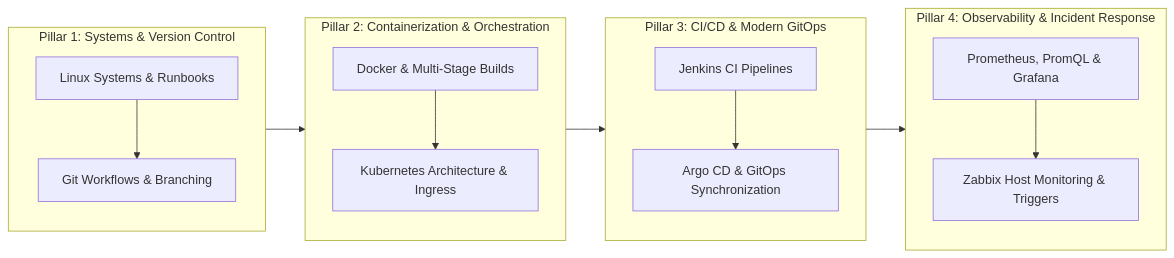
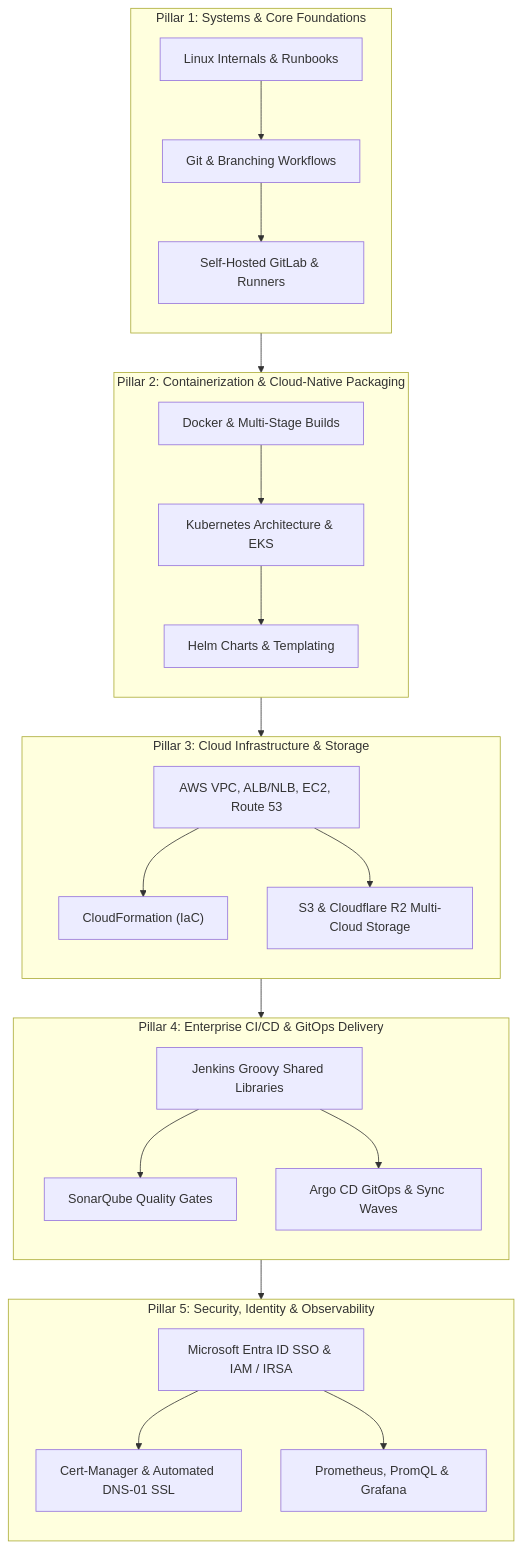
One commit to barathg25/devops_interview_preparation changed the diagram in README.md. Above: the diagram before and after it, drawn with Mermaid. The commit also changed other lines of this file and 8 other files, not shown here.

Commit message:
feat: align interview handbook with resume specializations (AWS, Helm, Cert-Manager, SSO, GitLab, Jenkins Shared Libs)

````diff
--- a/README.md
+++ b/README.md
@@ -58,24 +72,34 @@
 ```mermaid
-flowchart LR
-    subgraph Pillar1["Pillar 1: Systems & Version Control"]
+flowchart TD
+    subgraph Pillar1["Pillar 1: Systems & Core Foundations"]
         direction TB
-        L["Linux Systems & Runbooks"] --> G["Git Workflows & Branching"]
+        L["Linux Internals & Runbooks"] --> G["Git & Branching Workflows"]
+        G --> GL["Self-Hosted GitLab & Runners"]
     end
 
-    subgraph Pillar2["Pillar 2: Containerization & Orchestration"]
+    subgraph Pillar2["Pillar 2: Containerization & Cloud-Native Packaging"]
         direction TB
-        D["Docker & Multi-Stage Builds"] --> K["Kubernetes Architecture & Ingress"]
+        D["Docker & Multi-Stage Builds"] --> K["Kubernetes Architecture & EKS"]
+        K --> H["Helm Charts & Templating"]
     end
 
-    subgraph Pillar3["Pillar 3: CI/CD & Modern GitOps"]
+    subgraph Pillar3["Pillar 3: Cloud Infrastructure & Storage"]
         direction TB
-        J["Jenkins CI Pipelines"] --> A["Argo CD & GitOps Synchronization"]
+        AWS["AWS VPC, ALB/NLB, EC2, Route 53"] --> CFN["CloudFormation (IaC)"]
+        AWS --> S3R2["S3 & Cloudflare R2 Multi-Cloud Storage"]
     end
 
-    subgraph Pillar4["Pillar 4: Observability & Incident Response"]
+    subgraph Pillar4["Pillar 4: Enterprise CI/CD & GitOps Delivery"]
         direction TB
-        P["Prometheus, PromQL & Grafana"] --> Z["Zabbix Host Monitoring & Triggers"]
+        J["Jenkins Groovy Shared Libraries"] --> SQ["SonarQube Quality Gates"]
+        J --> A["Argo CD GitOps & Sync Waves"]
     end
 
-    Pillar1 --> Pillar2 --> Pillar3 --> Pillar4
+    subgraph Pillar5["Pillar 5: Security, Identity & Observability"]
+        direction TB
+        SSO["Microsoft Entra ID SSO & IAM / IRSA"] --> CERT["Cert-Manager & Automated DNS-01 SSL"]
+        SSO --> P["Prometheus, PromQL & Grafana"]
+    end
+
+    Pillar1 --> Pillar2 --> Pillar3 --> Pillar4 --> Pillar5
 ```
````
